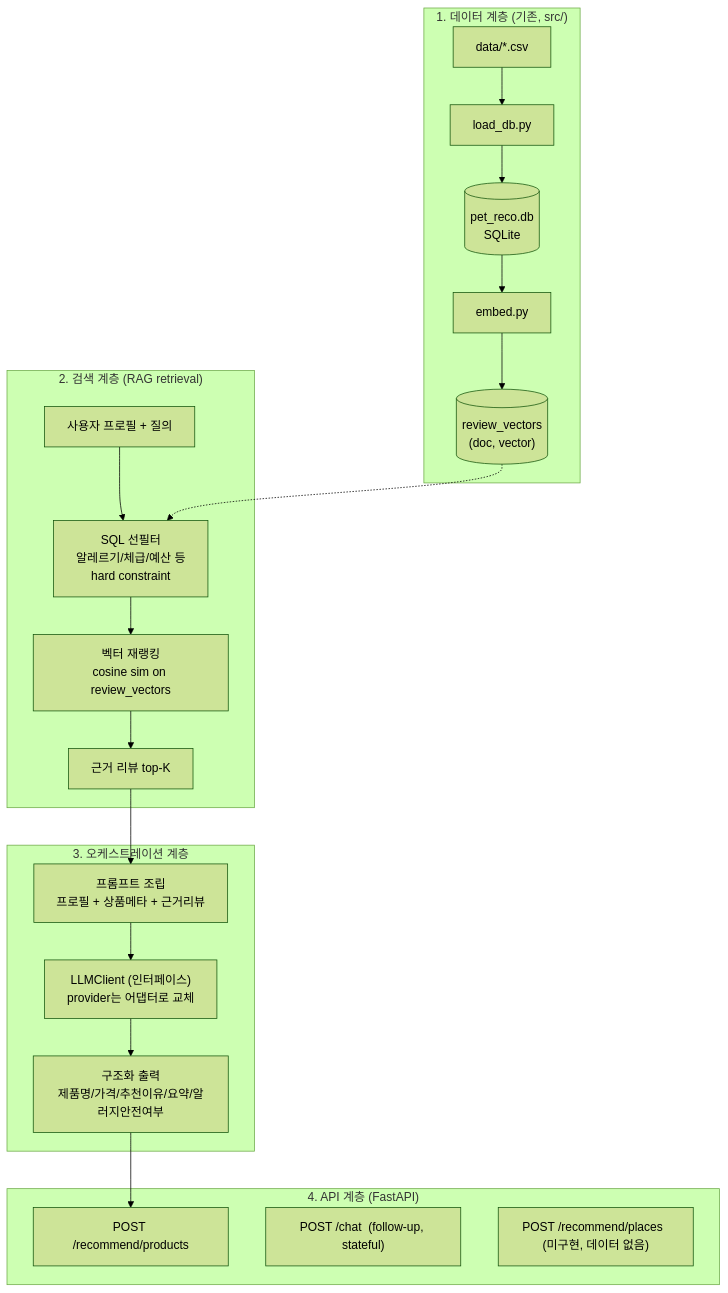
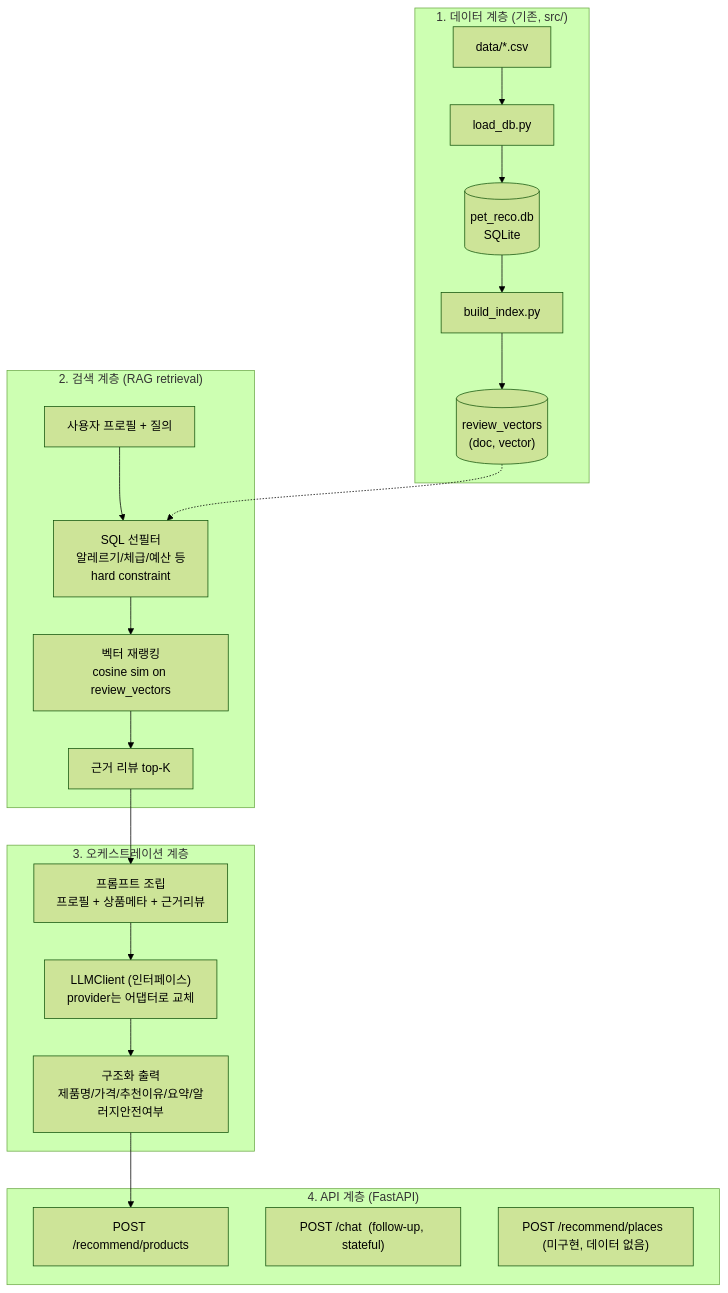
The diagram in docu/DESIGN.md (TodayWhatDish/dev-data-embed), drawn with Mermaid (forest theme) before and after one commit. The commit also changed other lines of this file and 8 other files, not shown here.

First line of the commit message:
fixed : embed.py 를 build_index.py / search.py 로 분리

````diff
--- a/docu/DESIGN.md
+++ b/docu/DESIGN.md
@@ -9,28 +9,28 @@
 ```mermaid
 flowchart TB
     subgraph L1["1. 데이터 계층 (기존, src/)"]
         CSV["data/*.csv"] --> LOAD["load_db.py"] --> DB[("pet_reco.db\nSQLite")]
-        DB --> EMBED["embed.py"] --> VEC[("review_vectors\n(doc, vector)")]
+        DB --> EMBED["build_index.py"] --> VEC[("review_vectors\n(doc, vector)")]
     end
 
     subgraph L2["2. 검색 계층 (RAG retrieval)"]
         IN["사용자 프로필 + 질의"] --> FILTER["SQL 선필터\n알레르기/체급/예산 등\nhard constraint"]
         FILTER --> RANK["벡터 재랭킹\ncosine sim on review_vectors"]
         RANK --> EVID["근거 리뷰 top-K"]
     end
 
     subgraph L3["3. 오케스트레이션 계층"]
         EVID --> PROMPT["프롬프트 조립\n프로필 + 상품메타 + 근거리뷰"]
         PROMPT --> LLM["LLMClient (인터페이스)\nprovider는 어댑터로 교체"]
         LLM --> OUT["구조화 출력\n제품명/가격/추천이유/요약/알러지안전여부"]
     end
 
     subgraph L4["4. API 계층 (FastAPI)"]
         API1["POST /recommend/products"]
         API2["POST /chat  (follow-up, stateful)"]
         API3["POST /recommend/places  (미구현, 데이터 없음)"]
     end
 
     VEC -.-> FILTER
     OUT --> API1
 ```
````
